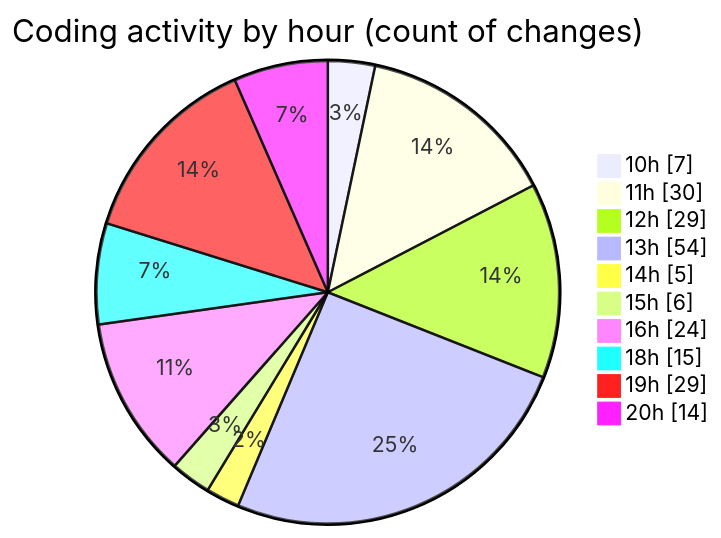
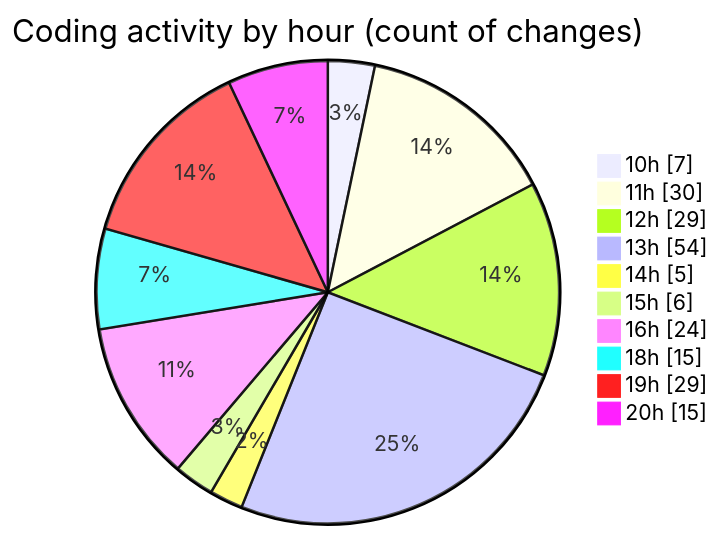
One commit to momahboobian/code-tracking changed the second of 2 diagrams in 2025-06-26/cda/README.md. Above: the diagram before and after it, drawn with Mermaid. The commit also changed other lines of this file and 1 other file, not shown here.

````diff
--- a/2025-06-26/cda/README.md
+++ b/2025-06-26/cda/README.md
@@ -45,14 +45,14 @@
 ```mermaid
 pie showData
 title Coding activity by hour (count of changes)
 "10h" : 7
 "11h" : 30
 "12h" : 29
 "13h" : 54
 "14h" : 5
 "15h" : 6
 "16h" : 24
 "18h" : 15
 "19h" : 29
-"20h" : 14
+"20h" : 15
 ```
````
